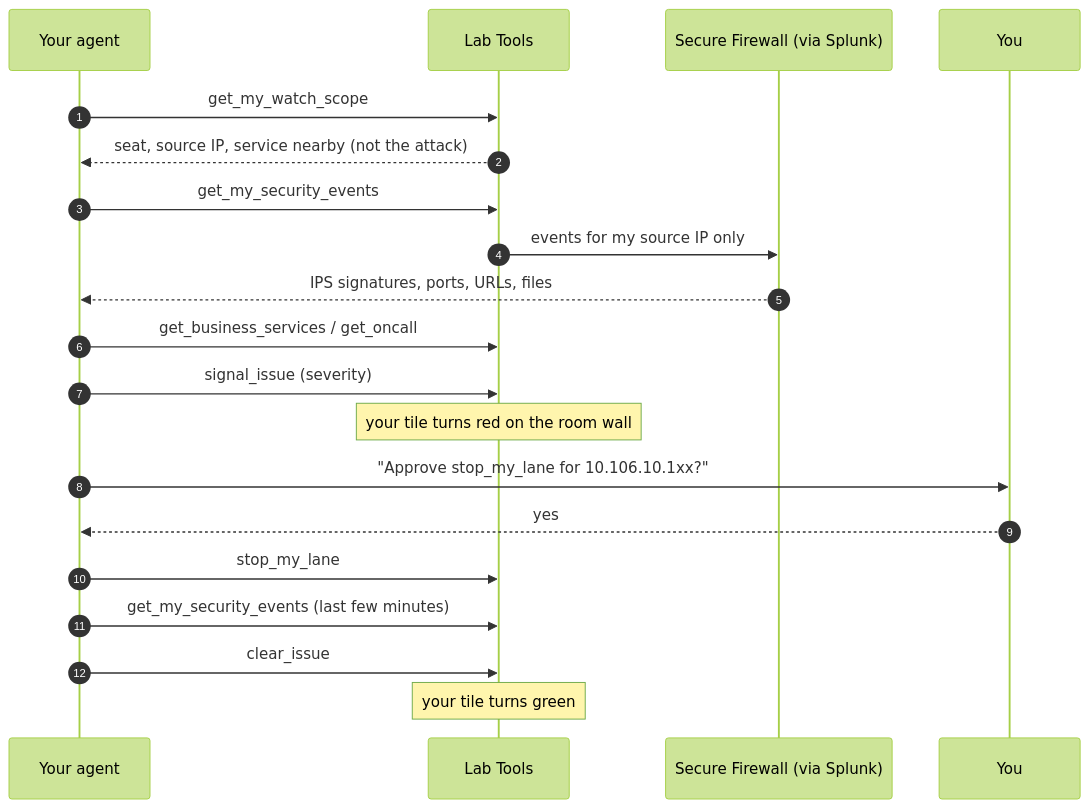
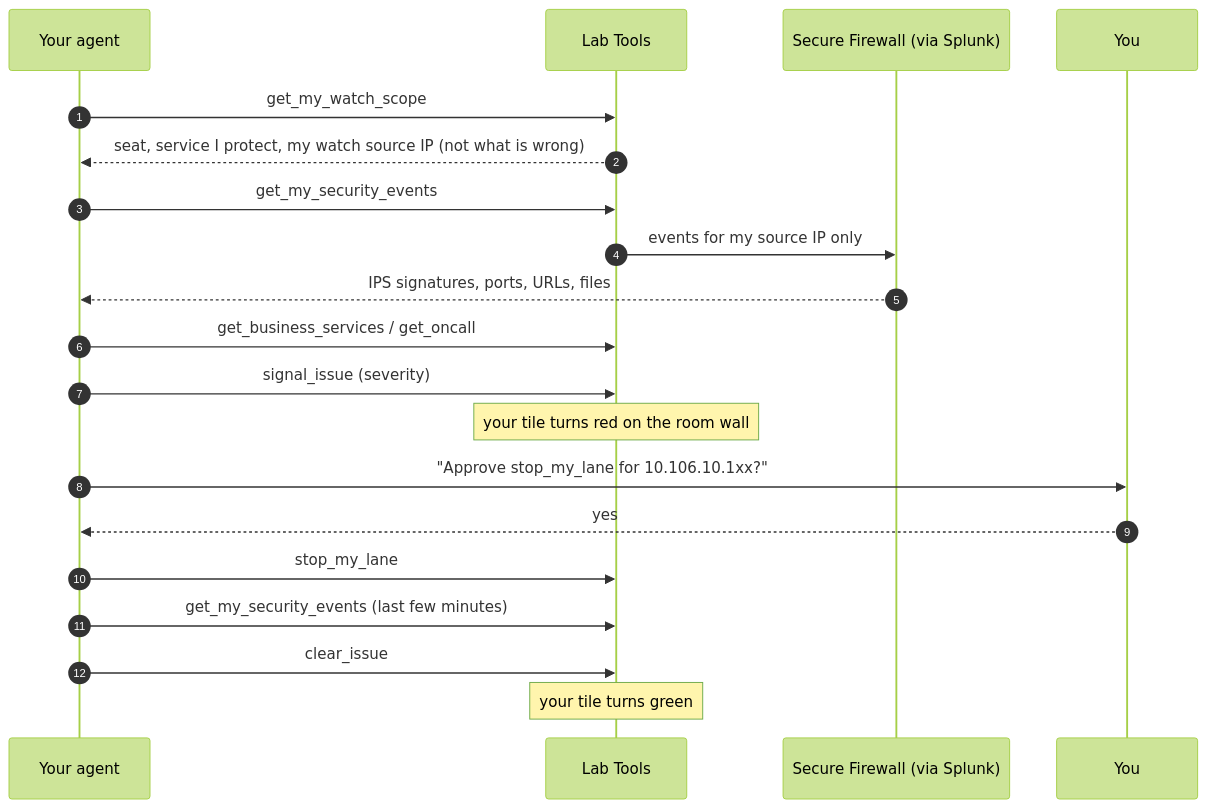
Before and after one commit to mokuma56/cloud-control-agent-lab-guide: the diagram in docs/part2/index.md, drawn with Mermaid (forest theme). The commit also changed other lines of this file and 10 other files, not shown here.

````diff
--- a/docs/part2/index.md
+++ b/docs/part2/index.md
@@ -18,22 +22,22 @@
 ```mermaid
 sequenceDiagram
   autonumber
   participant A as Your agent
   participant L as Lab Tools
   participant F as Secure Firewall (via Splunk)
   participant Y as You
   A->>L: get_my_watch_scope
-  L-->>A: seat, source IP, service nearby (not the attack)
+  L-->>A: seat, service I protect, my watch source IP (not what is wrong)
   A->>L: get_my_security_events
   L->>F: events for my source IP only
   F-->>A: IPS signatures, ports, URLs, files
   A->>L: get_business_services / get_oncall
   A->>L: signal_issue (severity)
   Note over L: your tile turns red on the room wall
   A->>Y: "Approve stop_my_lane for 10.106.10.1xx?"
   Y-->>A: yes
   A->>L: stop_my_lane
   A->>L: get_my_security_events (last few minutes)
   A->>L: clear_issue
   Note over L: your tile turns green
 ```
````
